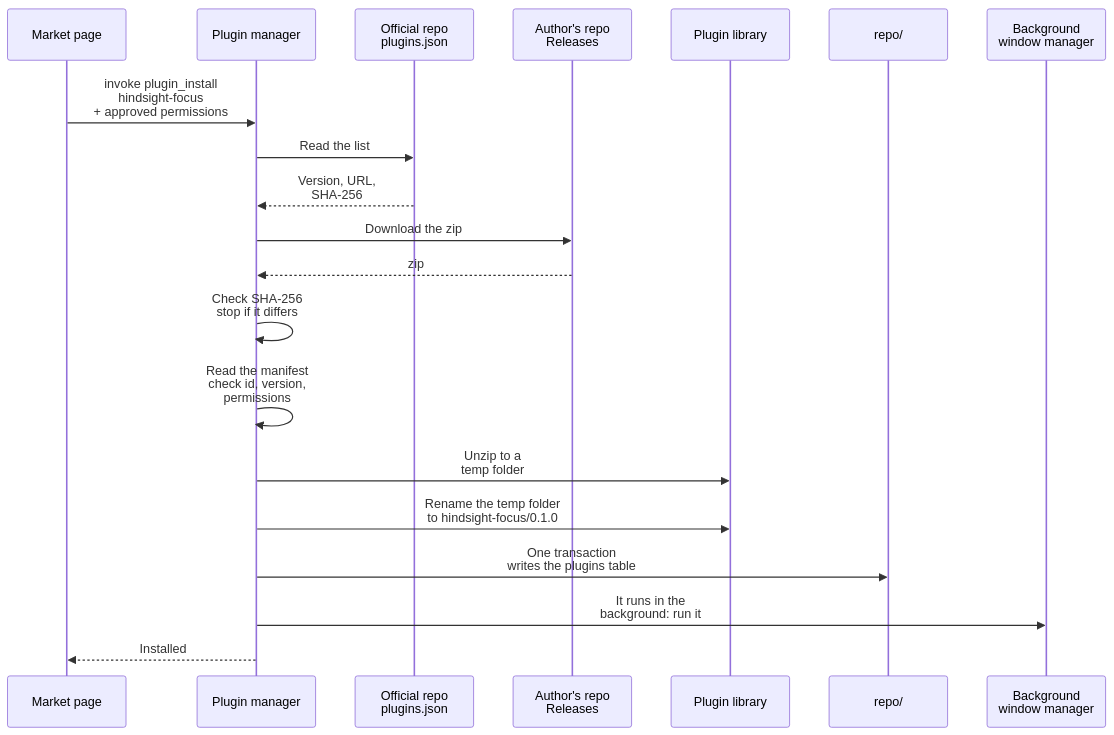
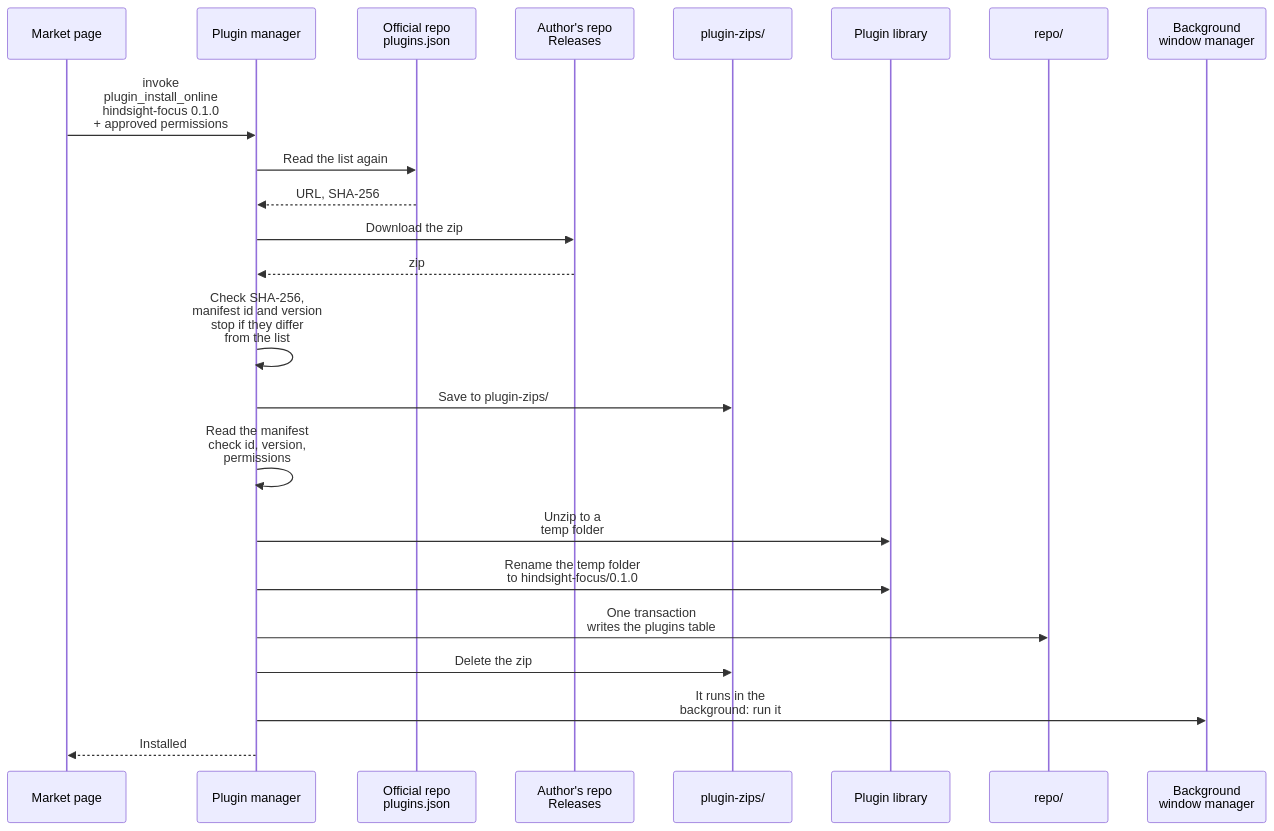
The first of 3 diagrams in docs/design/plugins/en/install.md (Tomotsugu-dev/Hindsight), drawn with Mermaid before and after one commit. The commit also changed other lines of this file and 1 other file, not shown here.

Commit message:
docs(plugins): install market downloads through plugin-zips/
Downloaded zips now take the same path as local zips.

Refs #5

````diff
--- a/docs/design/plugins/en/install.md
+++ b/docs/design/plugins/en/install.md
@@ -13,22 +13,25 @@
 ```mermaid
 sequenceDiagram
   participant M as Market page
   participant G as Plugin manager
   participant IDX as Official repo<br/>plugins.json
   participant REL as Author's repo<br/>Releases
+  participant Z as plugin-zips/
   participant D as Plugin library
   participant R as repo/
   participant W as Background<br/>window manager
-  M->>G: invoke plugin_install<br/>hindsight-focus<br/>+ approved permissions
-  G->>IDX: Read the list
-  IDX-->>G: Version, URL,<br/>SHA-256
+  M->>G: invoke<br/>plugin_install_online<br/>hindsight-focus 0.1.0<br/>+ approved permissions
+  G->>IDX: Read the list again
+  IDX-->>G: URL, SHA-256
   G->>REL: Download the zip
   REL-->>G: zip
-  G->>G: Check SHA-256<br/>stop if it differs
+  G->>G: Check SHA-256,<br/>manifest id and version<br/>stop if they differ<br/>from the list
+  G->>Z: Save to plugin-zips/
   G->>G: Read the manifest<br/>check id, version,<br/>permissions
   G->>D: Unzip to a<br/>temp folder
   G->>D: Rename the temp folder<br/>to hindsight-focus/0.1.0
   G->>R: One transaction<br/>writes the plugins table
+  G->>Z: Delete the zip
   G->>W: It runs in the<br/>background: run it
   G-->>M: Installed
 ```
````
